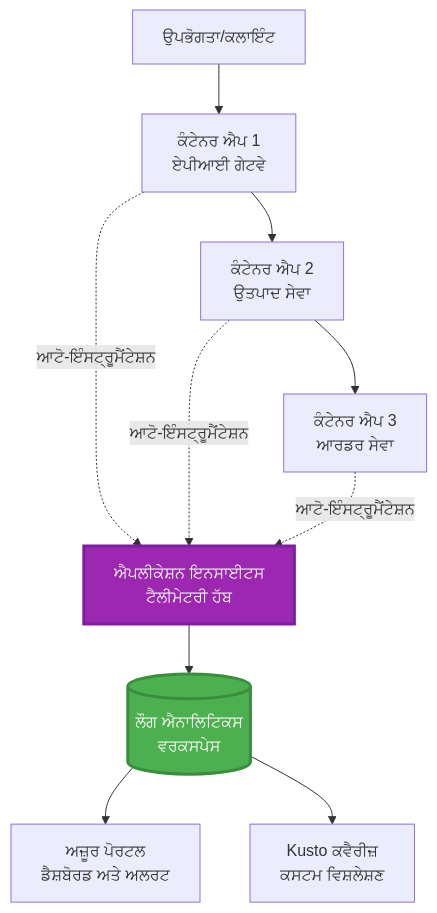
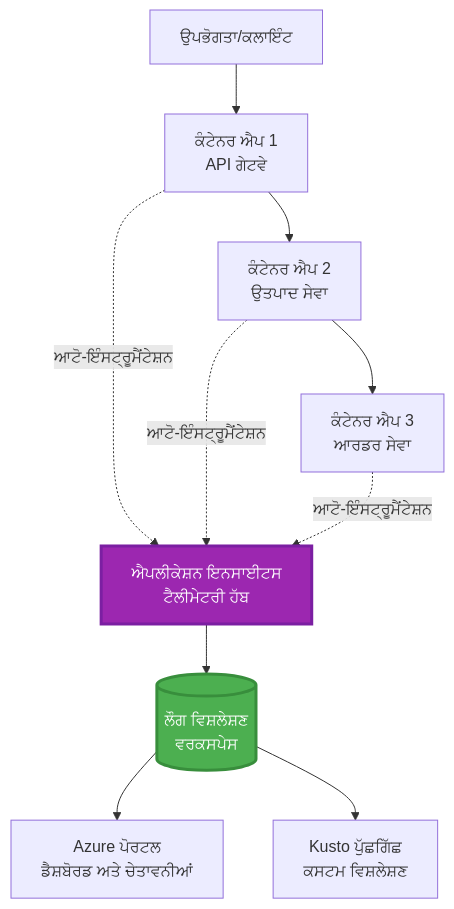
The first of 2 diagrams in translations/pa/docs/chapter-06-pre-deployment/application-insights.md (microsoft/AZD-for-beginners), drawn with Mermaid before and after one commit. The commit also changed other lines of this file and 101 other files, not shown here.

````diff
--- a/translations/pa/docs/chapter-06-pre-deployment/application-insights.md
+++ b/translations/pa/docs/chapter-06-pre-deployment/application-insights.md
@@ -58,28 +58,28 @@
 ```mermaid
 graph TB
     User[ਉਪਭੋਗਤਾ/ਕਲਾਇੰਟ]
-    App1[ਕੰਟੇਨਰ ਐਪ 1<br/>ਏਪੀਆਈ ਗੇਟਵੇ]
+    App1[ਕੰਟੇਨਰ ਐਪ 1<br/>API ਗੇਟਵੇ]
     App2[ਕੰਟੇਨਰ ਐਪ 2<br/>ਉਤਪਾਦ ਸੇਵਾ]
     App3[ਕੰਟੇਨਰ ਐਪ 3<br/>ਆਰਡਰ ਸੇਵਾ]
     
     AppInsights[ਐਪਲੀਕੇਸ਼ਨ ਇਨਸਾਈਟਸ<br/>ਟੈਲੀਮੇਟਰੀ ਹੱਬ]
-    LogAnalytics[(ਲੌਗ ਐਨਾਲਿਟਿਕਸ<br/>ਵਰਕਸਪੇਸ)]
+    LogAnalytics[(ਲੌਗ ਵਿਸ਼ਲੇਸ਼ਣ<br/>ਵਰਕਸਪੇਸ)]
     
-    Portal[ਅਜ਼ੂਰ ਪੋਰਟਲ<br/>ਡੈਸ਼ਬੋਰਡ ਅਤੇ ਅਲਰਟ]
-    Query[Kusto ਕਵੈਰੀਜ਼<br/>ਕਸਟਮ ਵਿਸ਼ਲੇਸ਼ਣ]
+    Portal[Azure ਪੋਰਟਲ<br/>ਡੈਸ਼ਬੋਰਡ ਅਤੇ ਚੇਤਾਵਨੀਆਂ]
+    Query[Kusto ਪੁੱਛਗਿੱਛ<br/>ਕਸਟਮ ਵਿਸ਼ਲੇਸ਼ਣ]
     
     User --> App1
     App1 --> App2
     App2 --> App3
     
     App1 -.->|ਆਟੋ-ਇੰਸਟ੍ਰੂਮੈਂਟੇਸ਼ਨ| AppInsights
     App2 -.->|ਆਟੋ-ਇੰਸਟ੍ਰੂਮੈਂਟੇਸ਼ਨ| AppInsights
     App3 -.->|ਆਟੋ-ਇੰਸਟ੍ਰੂਮੈਂਟੇਸ਼ਨ| AppInsights
     
     AppInsights --> LogAnalytics
     LogAnalytics --> Portal
     LogAnalytics --> Query
     
     style AppInsights fill:#9C27B0,stroke:#7B1FA2,stroke-width:3px,color:#fff
     style LogAnalytics fill:#4CAF50,stroke:#388E3C,stroke-width:3px,color:#fff
 ```
````
